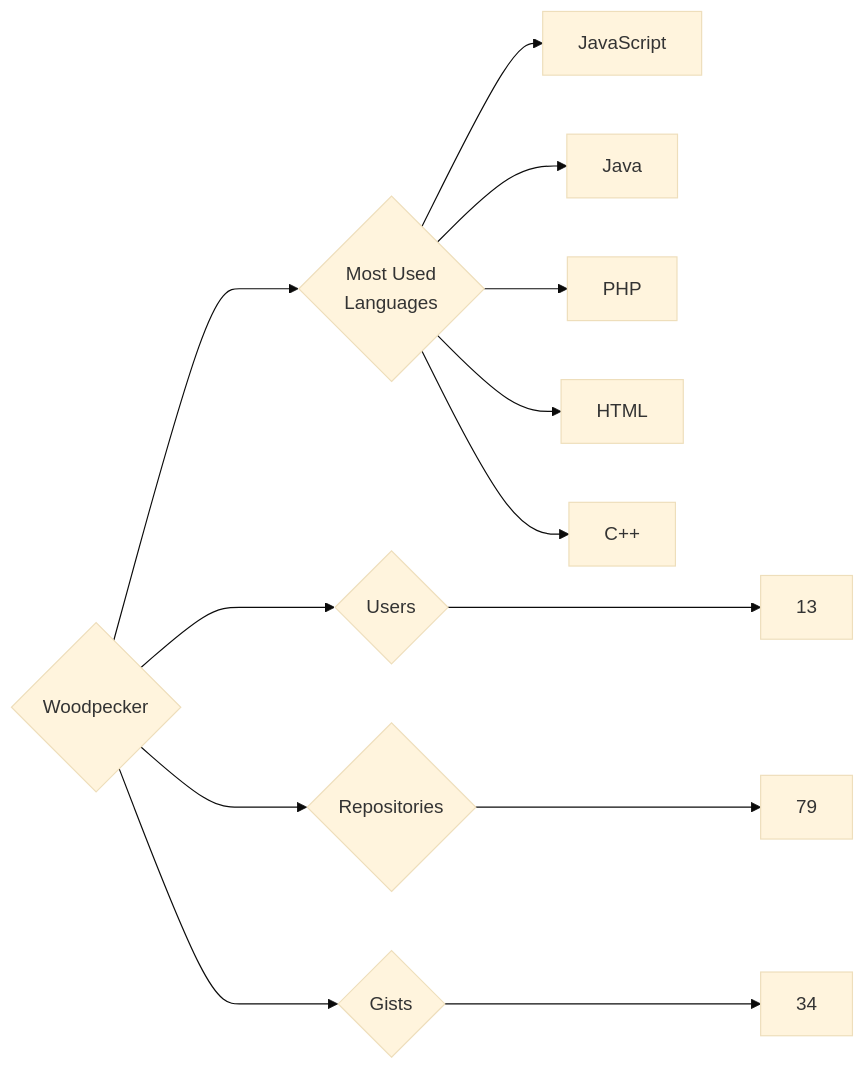
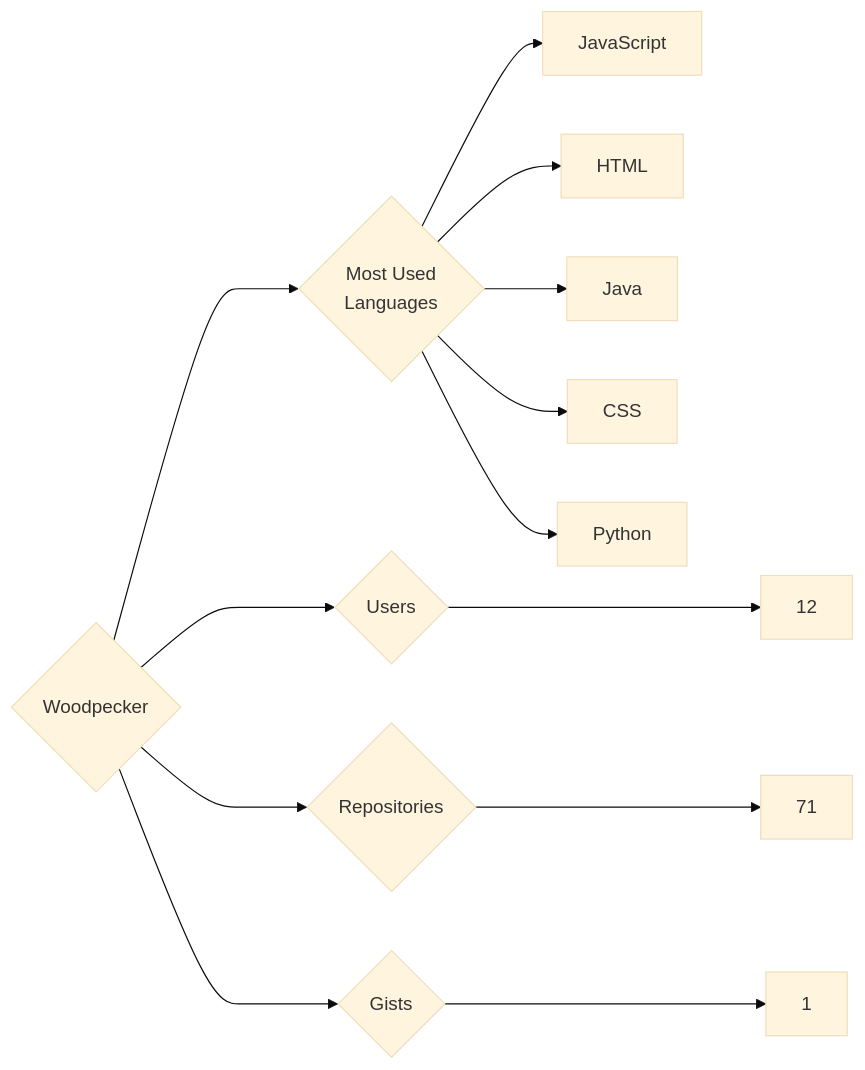
Before and after one commit to trickest/insiders: the diagram in targets/Woodpecker/README.md, drawn with Mermaid (base theme). The commit also changed 1508 other files, not shown here.

````diff
--- a/targets/Woodpecker/README.md
+++ b/targets/Woodpecker/README.md
@@ -3,13 +3,13 @@
 ```mermaid
 graph LR
 COMPANY_NAME{Woodpecker}
-COMPANY_NAME ---> U{Users} ---> UN[13]
-COMPANY_NAME ---> R{Repositories} ---> RN[79]
-COMPANY_NAME ---> G{Gists} ---> GN[34]
+COMPANY_NAME ---> U{Users} ---> UN[12]
+COMPANY_NAME ---> R{Repositories} ---> RN[71]
+COMPANY_NAME ---> G{Gists} ---> GN[1]
 COMPANY_NAME ---> ML{Most Used<br>Languages}
 ML --> JavaScript[JavaScript]
+ML --> HTML[HTML]
 ML --> Java[Java]
-ML --> PHP[PHP]
-ML --> HTML[HTML]
-ML --> C++[C++]
+ML --> CSS[CSS]
+ML --> Python[Python]
 ```
````
